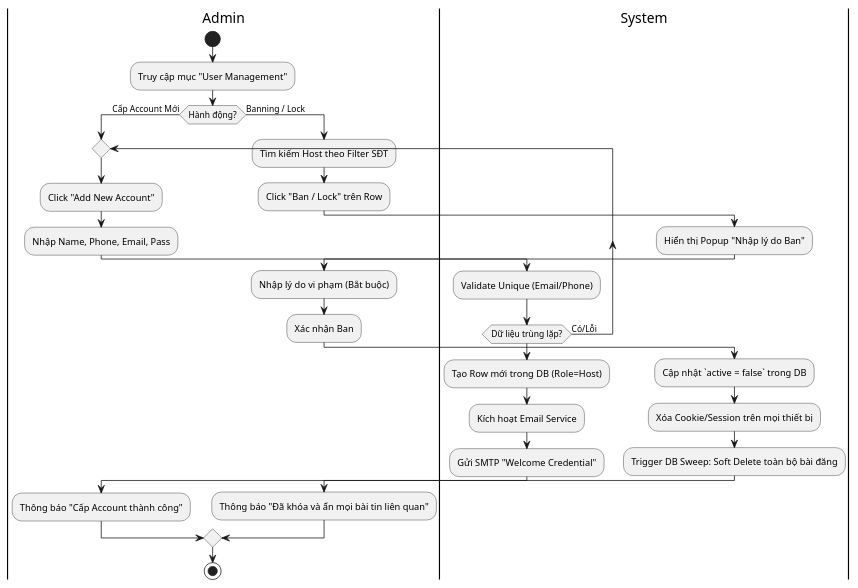
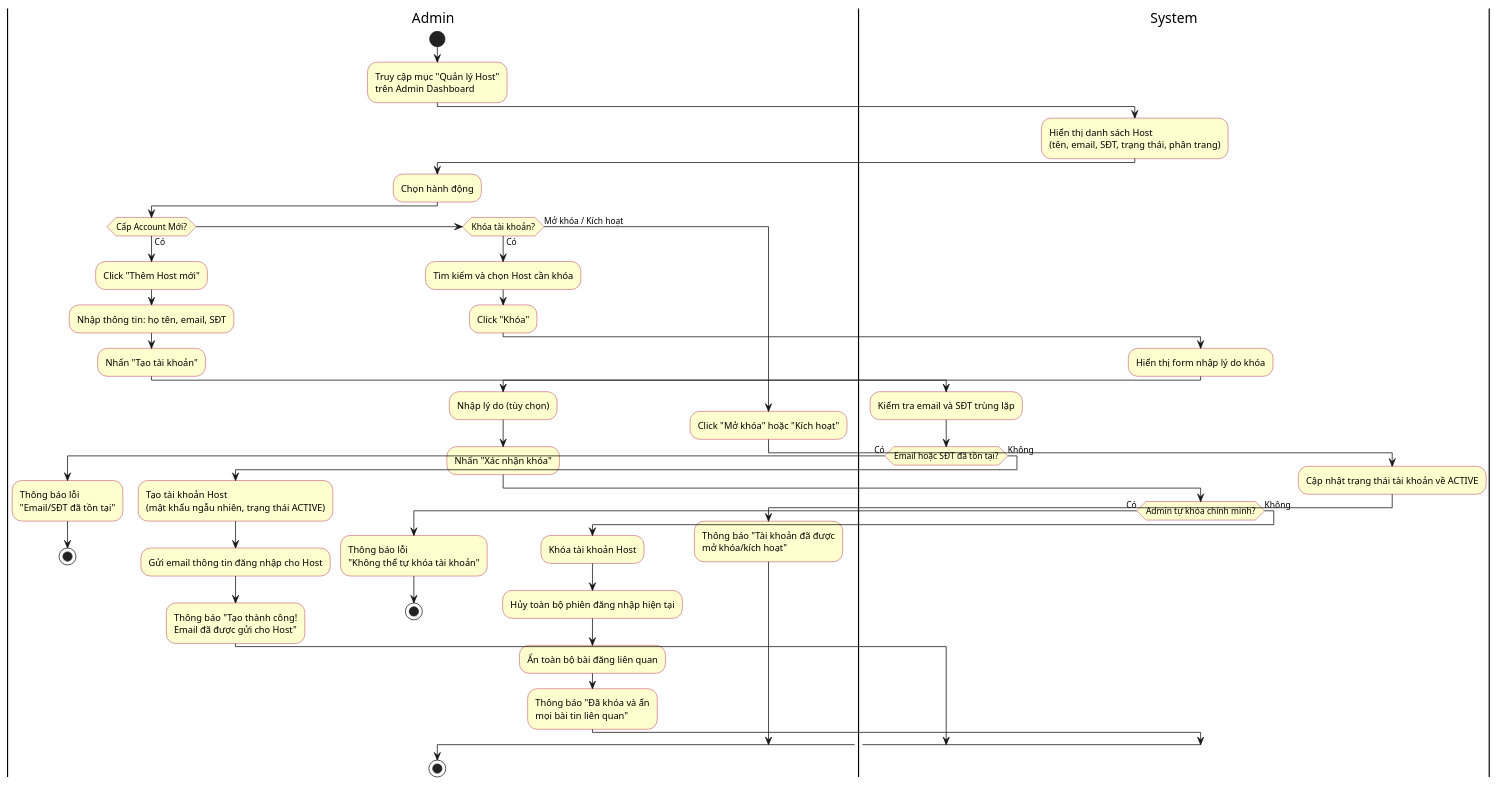
One commit to chishiya2309/LeaseLink-Backend changed the diagram in src/main/java/vn/hcmute/edu/lequanghung_nguyenthaibao/backend/uml/UC07_QuanLyCapTaiKhoanHost/UC07_QuanLyCapTaiKhoanHost_Activity.puml. Above: the diagram before and after it, drawn with PlantUML. The commit also changed 3 other files, not shown here.

```diff
--- a/src/main/java/vn/hcmute/edu/lequanghung_nguyenthaibao/backend/uml/UC07_QuanLyCapTaiKhoanHost/UC07_QuanLyCapTaiKhoanHost_Activity.puml
+++ b/src/main/java/vn/hcmute/edu/lequanghung_nguyenthaibao/backend/uml/UC07_QuanLyCapTaiKhoanHost/UC07_QuanLyCapTaiKhoanHost_Activity.puml
@@ -1,33 +1,75 @@
 @startuml
+skinparam conditionStyle inside
+skinparam ActivityBackgroundColor #FEFECE
+skinparam ActivityBorderColor #A80036
+
 |Admin|
 start
-:Truy cập mục "User Management";
-if (Hành động?) then (Cấp Account Mới)
-  repeat
-    :Click "Add New Account";
-    :Nhập Name, Phone, Email, Pass;
-    |System|
-    :Validate Unique (Email/Phone);
-  repeat while (Dữ liệu trùng lặp?) is (Có/Lỗi)
-  :Tạo Row mới trong DB (Role=Host);
-  :Kích hoạt Email Service;
-  :Gửi SMTP "Welcome Credential";
+:Truy cập mục "Quản lý Host"\ntrên Admin Dashboard;
+
+|System|
+:Hiển thị danh sách Host\n(tên, email, SĐT, trạng thái, phân trang);
+
+|Admin|
+:Chọn hành động;
+
+if (Cấp Account Mới?) then (Có)
+
+  :Click "Thêm Host mới";
+  :Nhập thông tin: họ tên, email, SĐT;
+  :Nhấn "Tạo tài khoản";
+
+  |System|
+  :Kiểm tra email và SĐT trùng lặp;
+
+  if (Email hoặc SĐT đã tồn tại?) then (Có)
+    |Admin|
+    :Thông báo lỗi\n"Email/SĐT đã tồn tại";
+    stop
+  else (Không)
+    :Tạo tài khoản Host\n(mật khẩu ngẫu nhiên, trạng thái ACTIVE);
+    :Gửi email thông tin đăng nhập cho Host;
+    |Admin|
+    :Thông báo "Tạo thành công!\nEmail đã được gửi cho Host";
+  endif
+
+elseif (Khóa tài khoản?) then (Có)
+
+  :Tìm kiếm và chọn Host cần khóa;
+  :Click "Khóa";
+
+  |System|
+  :Hiển thị form nhập lý do khóa;
+
   |Admin|
-  :Thông báo "Cấp Account thành công";
-else (Banning / Lock)
-  :Tìm kiếm Host theo Filter SĐT;
-  :Click "Ban / Lock" trên Row;
+  :Nhập lý do (tùy chọn);
+  :Nhấn "Xác nhận khóa";
+
   |System|
-  :Hiển thị Popup "Nhập lý do Ban";
+  if (Admin tự khóa chính mình?) then (Có)
+    |Admin|
+    :Thông báo lỗi\n"Không thể tự khóa tài khoản";
+    stop
+  else (Không)
+    :Khóa tài khoản Host;
+    :Hủy toàn bộ phiên đăng nhập hiện tại;
+    :Ẩn toàn bộ bài đăng liên quan;
+    |Admin|
+    :Thông báo "Đã khóa và ẩn\nmọi bài tin liên quan";
+  endif
+
+else (Mở khóa / Kích hoạt)
+
   |Admin|
-  :Nhập lý do vi phạm (Bắt buộc);
-  :Xác nhận Ban;
+  :Click "Mở khóa" hoặc "Kích hoạt";
+
   |System|
-  :Cập nhật `active = false` trong DB;
-  :Xóa Cookie/Session trên mọi thiết bị;
-  :Trigger DB Sweep: Soft Delete toàn bộ bài đăng;
+  :Cập nhật trạng thái tài khoản về ACTIVE;
+
   |Admin|
-  :Thông báo "Đã khóa và ẩn mọi bài tin liên quan";
+  :Thông báo "Tài khoản đã được\nmở khóa/kích hoạt";
+
 endif
+
 stop
 @enduml
```
